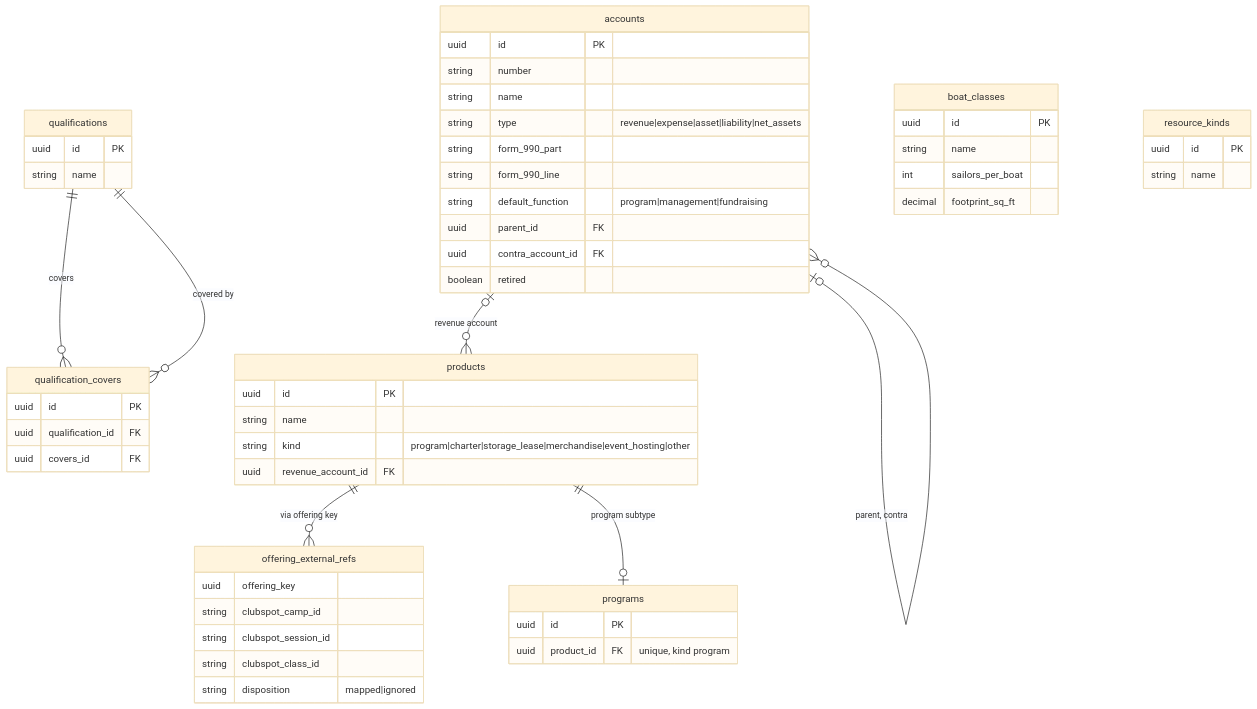
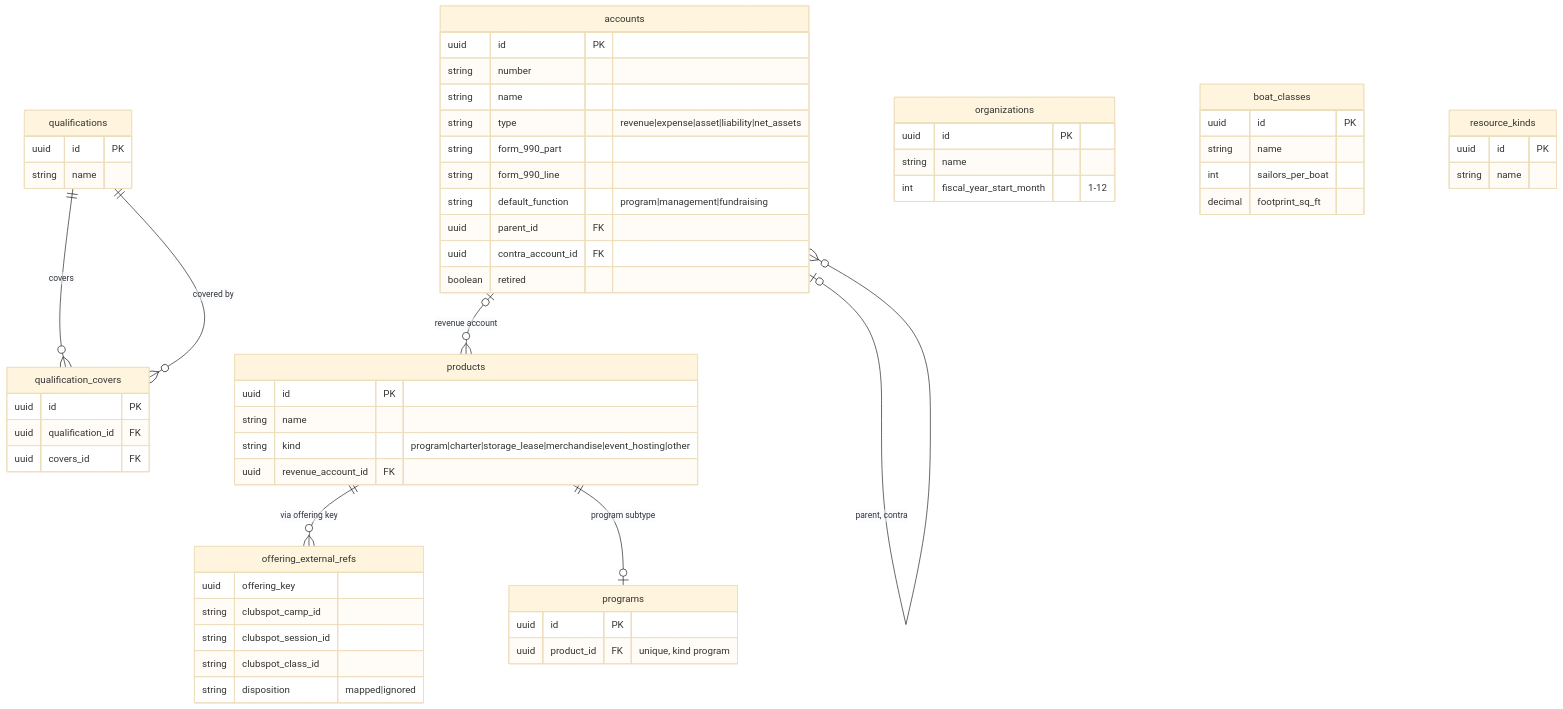
Before and after one commit to cyc-seattle/platform: the first of 5 diagrams in docs/planning-schema.md, drawn with Mermaid (base theme). The commit also changed other lines of this file and 15 other files, not shown here.

````diff
--- a/docs/planning-schema.md
+++ b/docs/planning-schema.md
@@ -35,58 +35,63 @@
 ```mermaid
 erDiagram
     products ||--o{ offering_external_refs : "via offering key"
     accounts |o--o{ products : "revenue account"
     qualifications ||--o{ qualification_covers : covers
     qualifications ||--o{ qualification_covers : "covered by"
     accounts |o--o{ accounts : "parent, contra"
     products ||--o| programs : "program subtype"
 
     products {
         uuid id PK
         string name
         string kind "program|charter|storage_lease|merchandise|event_hosting|other"
         uuid revenue_account_id FK
     }
     accounts {
         uuid id PK
         string number
         string name
         string type "revenue|expense|asset|liability|net_assets"
         string form_990_part
         string form_990_line
         string default_function "program|management|fundraising"
         uuid parent_id FK
         uuid contra_account_id FK
         boolean retired
     }
     qualifications {
         uuid id PK
         string name
     }
     programs {
         uuid id PK
         uuid product_id FK "unique, kind program"
     }
+    organizations {
+        uuid id PK
+        string name
+        int fiscal_year_start_month "1-12"
+    }
     qualification_covers {
         uuid id PK
         uuid qualification_id FK
         uuid covers_id FK
     }
     boat_classes {
         uuid id PK
         string name
         int sailors_per_boat
         decimal footprint_sq_ft
     }
     resource_kinds {
         uuid id PK
         string name
     }
     offering_external_refs {
         uuid offering_key
         string clubspot_camp_id
         string clubspot_session_id
         string clubspot_class_id
         string disposition "mapped|ignored"
     }
 ```
````
